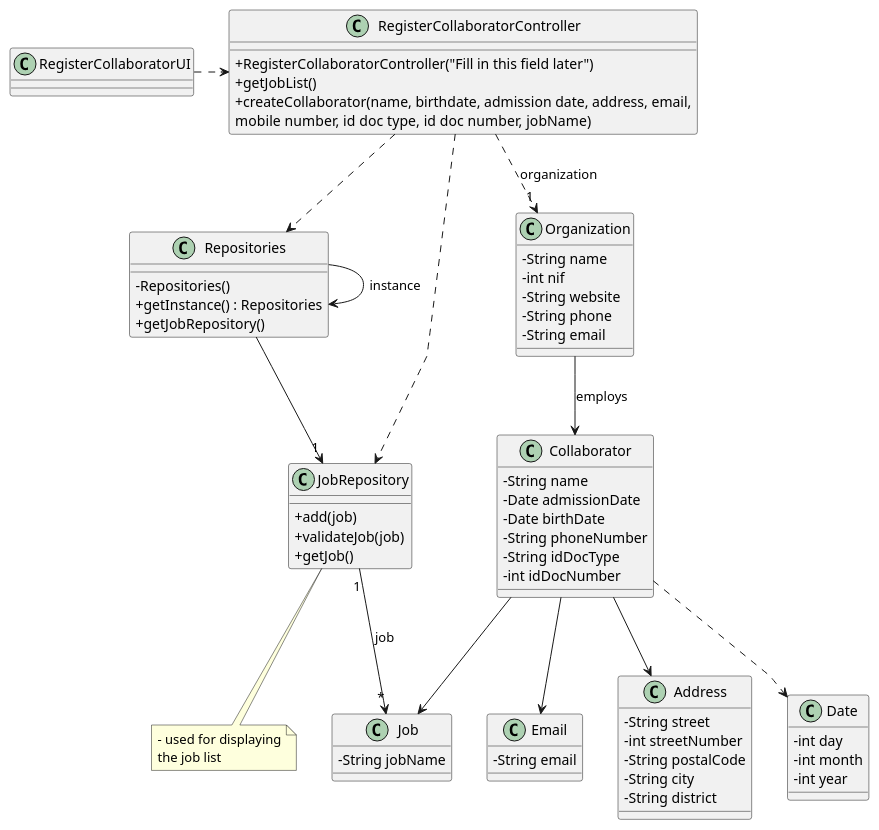
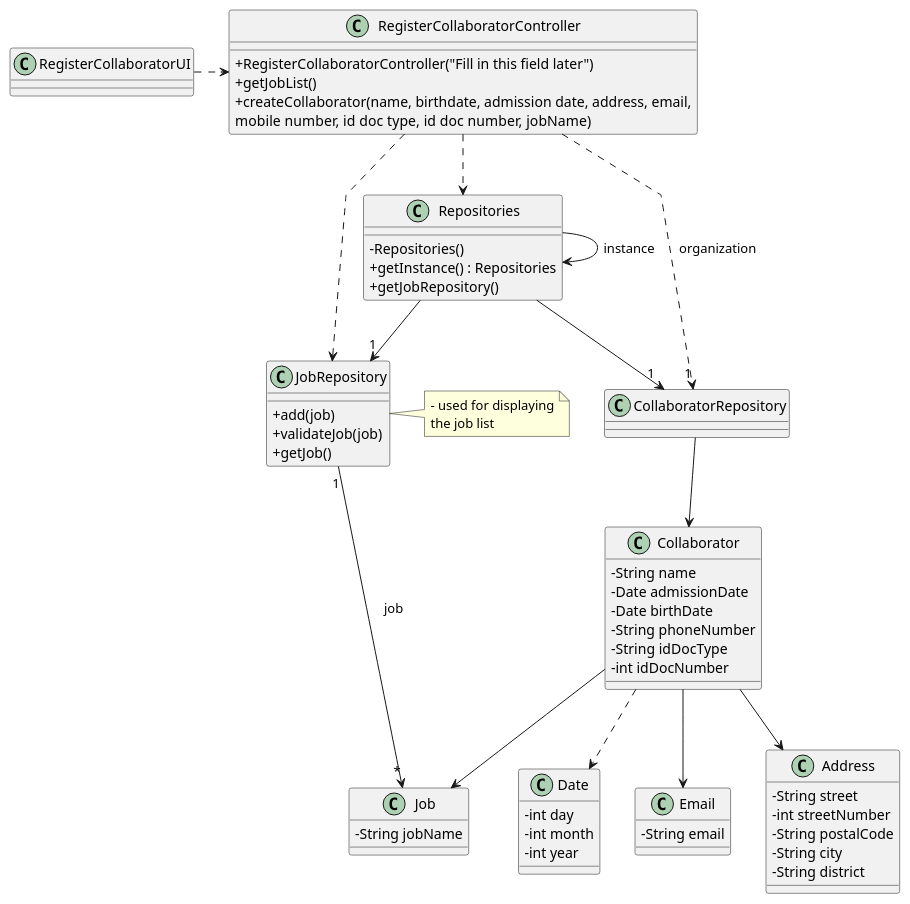
Before and after one commit to Rui-San/LAPR2_2023_2024: the diagram in docs/sprintB/us003/03.design/puml/us003-class-diagram.puml, drawn with PlantUML. The commit also changed 1 other file, not shown here.

Commit message:
us003-sequence-diagram/class diagram
Changed organization to CollaboratorRepository and did other minor changes on constructor atributes/validation.

```diff
--- a/docs/sprintB/us003/03.design/puml/us003-class-diagram.puml
+++ b/docs/sprintB/us003/03.design/puml/us003-class-diagram.puml
@@ -1,91 +1,87 @@
 @startuml
 'skinparam monochrome true
 skinparam packageStyle rectangle
 skinparam shadowing false
 skinparam linetype polyline
 'skinparam linetype orto
 
 skinparam classAttributeIconSize 0
 
 
 class Collaborator {
      - String name
      - Date admissionDate
      - Date birthDate
      - String phoneNumber
      - String idDocType
      - int idDocNumber
 }
 
 class Job {
     - String jobName
 }
 
 class Date {
     - int day
     - int month
     - int year
 }
 
-class Organization {
-    - String name
-    - int nif
-    - String website
-    - String phone
-    - String email
+class CollaboratorRepository{
 }
 
 class JobRepository {
     + add(job)
     + validateJob(job)
     + getJob()
 }
 
 class Repositories {
     - Repositories()
     + getInstance() : Repositories
     + getJobRepository()
 }
 
-note bottom of JobRepository
+note right of JobRepository
     - used for displaying
     the job list
 end note
 
 class RegisterCollaboratorController {
     + RegisterCollaboratorController("Fill in this field later")
     + getJobList()
     + createCollaborator(name, birthdate, admission date, address, email,\nmobile number, id doc type, id doc number, jobName)
 }
 
 class RegisterCollaboratorUI {
 }
 
 class Email{
     - String email
 }
 
 class Address{
     - String street
     - int streetNumber
     - String postalCode
     - String city
     - String district
 
 }
 
 RegisterCollaboratorUI .right.> RegisterCollaboratorController
-RegisterCollaboratorController ..> "1" Organization : organization
-Organization -down-> Collaborator : employs
+RegisterCollaboratorController ..> "1" CollaboratorRepository : organization
+CollaboratorRepository -down-> Collaborator
 RegisterCollaboratorController ..> JobRepository
 JobRepository "1"-->"*" Job : job
 Collaborator --> Job
 Collaborator --> Email
 Collaborator --> Address
 Collaborator ..> Date
 RegisterCollaboratorController ..> Repositories
 Repositories --> "1" JobRepository
+Repositories --> "1" CollaboratorRepository
 Repositories -> Repositories : instance
 
 
 @enduml
```
